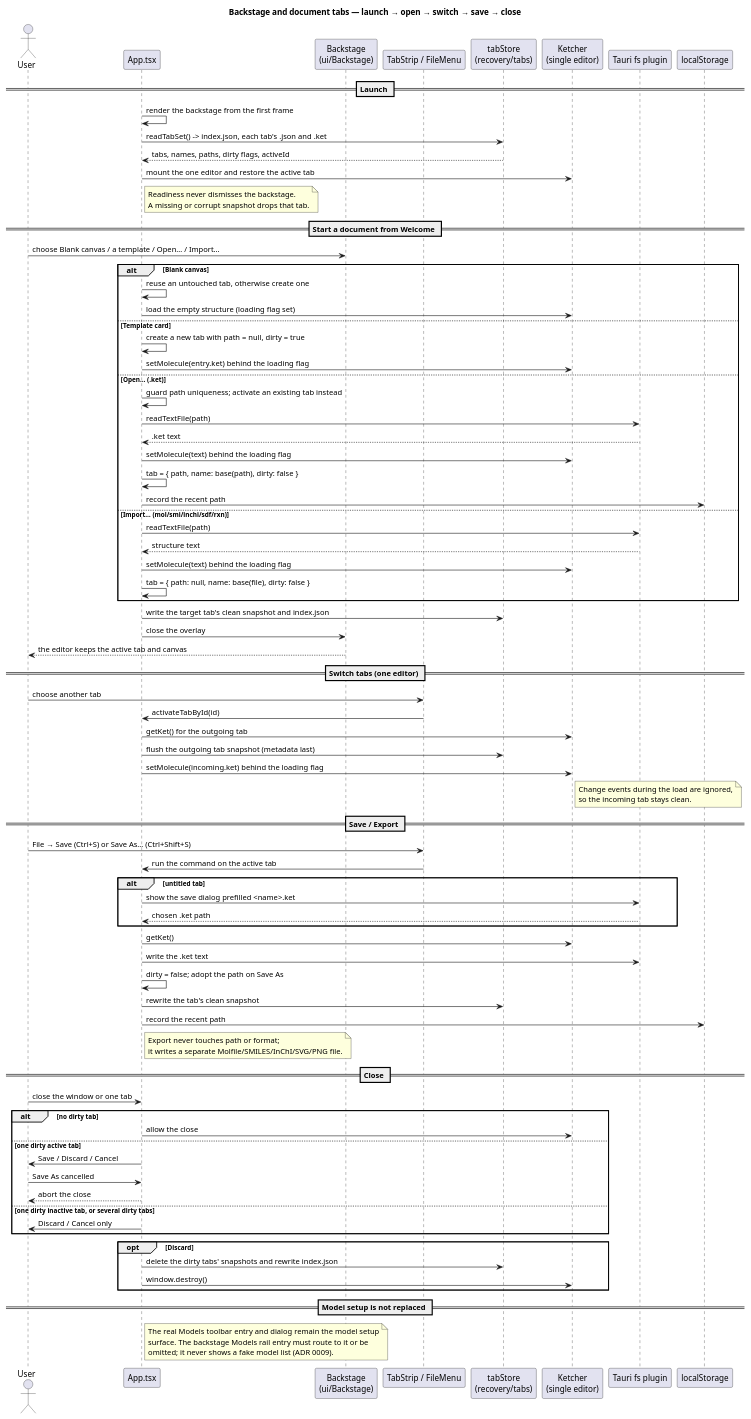
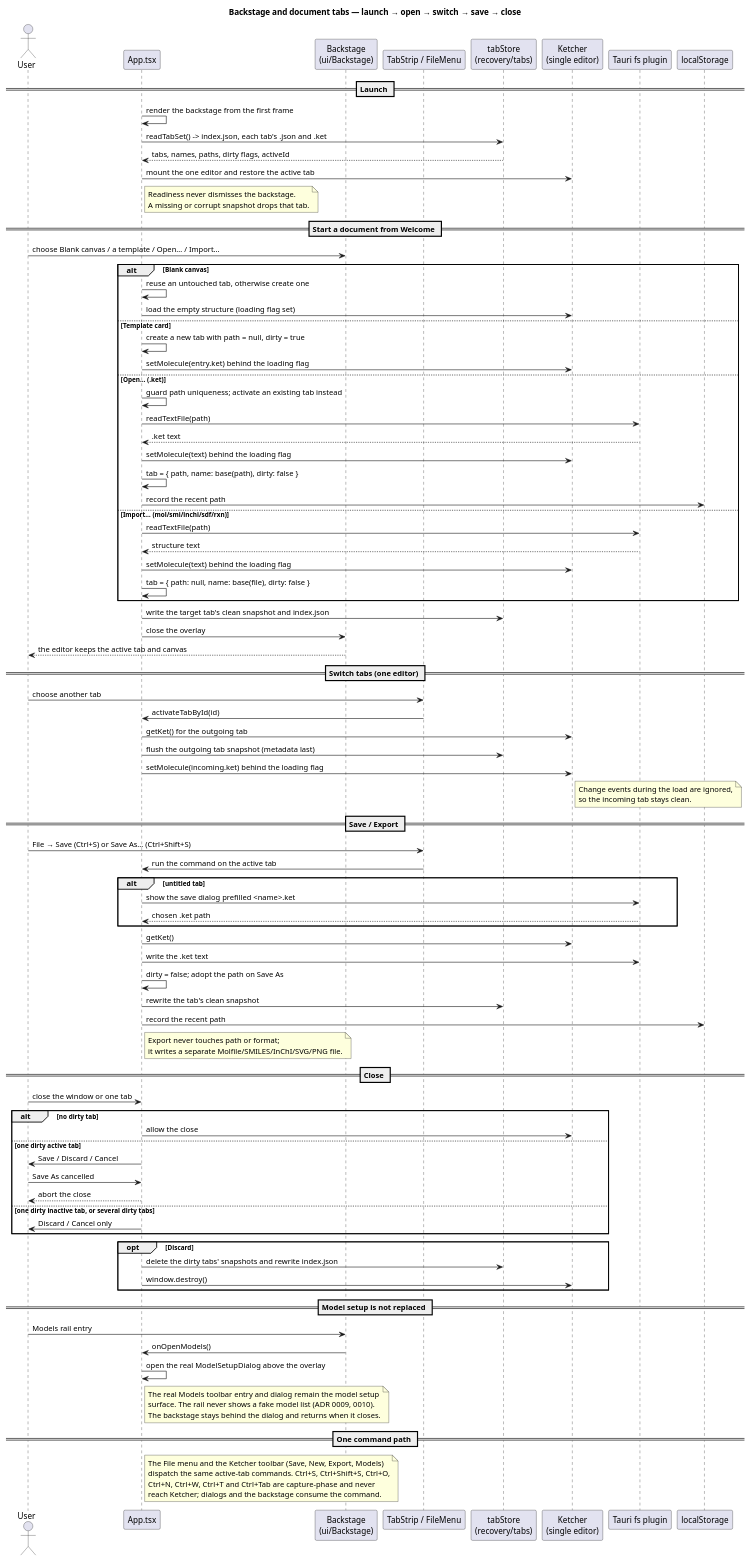
One commit to spalax-dev/chemistry_draw changed the diagram in docs/planning/sequences/backstage-file-workflow.puml. Above: the diagram before and after it, drawn with PlantUML. The commit also changed 10 other files, not shown here.

First line of the commit message:
feat(app): wire the backstage, tabs and ML surface together

```diff
--- a/docs/planning/sequences/backstage-file-workflow.puml
+++ b/docs/planning/sequences/backstage-file-workflow.puml
@@ -1,99 +1,110 @@
 @startuml
 title Backstage and document tabs — launch → open → switch → save → close
 
 actor "User" as user
 participant "App.tsx" as app
 participant "Backstage\n(ui/Backstage)" as backstage
 participant "TabStrip / FileMenu" as strip
 participant "tabStore\n(recovery/tabs)" as store
 participant "Ketcher\n(single editor)" as ketcher
 participant "Tauri fs plugin" as fs
 participant "localStorage" as ls
 
 == Launch ==
 app -> app: render the backstage from the first frame
 app -> store: readTabSet() -> index.json, each tab's .json and .ket
 store --> app: tabs, names, paths, dirty flags, activeId
 app -> ketcher: mount the one editor and restore the active tab
 note right of app
   Readiness never dismisses the backstage.
   A missing or corrupt snapshot drops that tab.
 end note
 
 == Start a document from Welcome ==
 user -> backstage: choose Blank canvas / a template / Open… / Import…
 alt Blank canvas
   app -> app: reuse an untouched tab, otherwise create one
   app -> ketcher: load the empty structure (loading flag set)
 else Template card
   app -> app: create a new tab with path = null, dirty = true
   app -> ketcher: setMolecule(entry.ket) behind the loading flag
 else Open… (.ket)
   app -> app: guard path uniqueness; activate an existing tab instead
   app -> fs: readTextFile(path)
   fs --> app: .ket text
   app -> ketcher: setMolecule(text) behind the loading flag
   app -> app: tab = { path, name: base(path), dirty: false }
   app -> ls: record the recent path
 else Import… (mol/smi/inchi/sdf/rxn)
   app -> fs: readTextFile(path)
   fs --> app: structure text
   app -> ketcher: setMolecule(text) behind the loading flag
   app -> app: tab = { path: null, name: base(file), dirty: false }
 end
 app -> store: write the target tab's clean snapshot and index.json
 app -> backstage: close the overlay
 backstage --> user: the editor keeps the active tab and canvas
 
 == Switch tabs (one editor) ==
 user -> strip: choose another tab
 strip -> app: activateTabById(id)
 app -> ketcher: getKet() for the outgoing tab
 app -> store: flush the outgoing tab snapshot (metadata last)
 app -> ketcher: setMolecule(incoming.ket) behind the loading flag
 note right of ketcher
   Change events during the load are ignored,
   so the incoming tab stays clean.
 end note
 
 == Save / Export ==
 user -> strip: File → Save (Ctrl+S) or Save As… (Ctrl+Shift+S)
 strip -> app: run the command on the active tab
 alt untitled tab
   app -> fs: show the save dialog prefilled <name>.ket
   fs --> app: chosen .ket path
 end
 app -> ketcher: getKet()
 app -> fs: write the .ket text
 app -> app: dirty = false; adopt the path on Save As
 app -> store: rewrite the tab's clean snapshot
 app -> ls: record the recent path
 note right of app
   Export never touches path or format;
   it writes a separate Molfile/SMILES/InChI/SVG/PNG file.
 end note
 
 == Close ==
 user -> app: close the window or one tab
 alt no dirty tab
   app -> ketcher: allow the close
 else one dirty active tab
   app -> user: Save / Discard / Cancel
   user -> app: Save As cancelled
   app --> user: abort the close
 else one dirty inactive tab, or several dirty tabs
   app -> user: Discard / Cancel only
 end
 opt Discard
   app -> store: delete the dirty tabs' snapshots and rewrite index.json
   app -> ketcher: window.destroy()
 end
 
 == Model setup is not replaced ==
+user -> backstage: Models rail entry
+backstage -> app: onOpenModels()
+app -> app: open the real ModelSetupDialog above the overlay
 note right of app
   The real Models toolbar entry and dialog remain the model setup
-  surface. The backstage Models rail entry must route to it or be
-  omitted; it never shows a fake model list (ADR 0009).
+  surface. The rail never shows a fake model list (ADR 0009, 0010).
+  The backstage stays behind the dialog and returns when it closes.
+end note
+
+== One command path ==
+note right of app
+  The File menu and the Ketcher toolbar (Save, New, Export, Models)
+  dispatch the same active-tab commands. Ctrl+S, Ctrl+Shift+S, Ctrl+O,
+  Ctrl+N, Ctrl+W, Ctrl+T and Ctrl+Tab are capture-phase and never
+  reach Ketcher; dialogs and the backstage consume the command.
 end note
 
 @enduml
```
